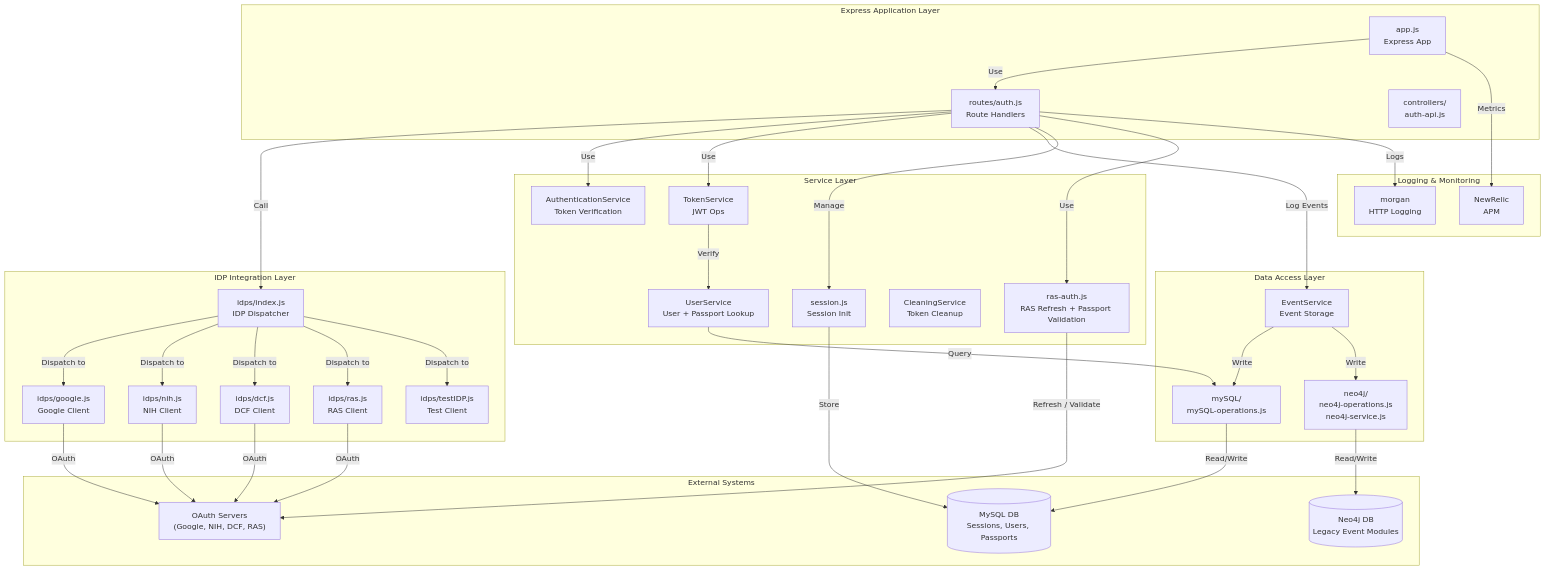
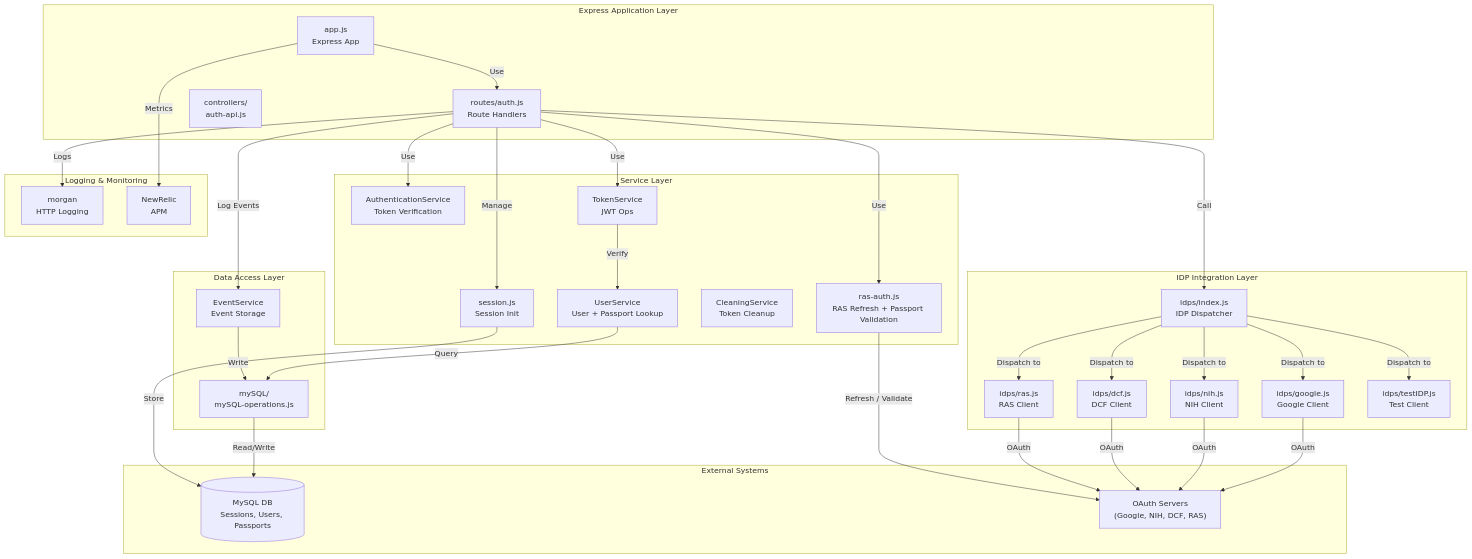
The diagram in docs/architecture/components.md (CBIIT/crdc-ctdc-authn), drawn with Mermaid before and after one commit. The commit also changed other lines of this file and 60 other files, not shown here.

````diff
--- a/docs/architecture/components.md
+++ b/docs/architecture/components.md
@@ -5,77 +5,73 @@
 ```mermaid
 graph TB
     subgraph "Express Application Layer"
         App["app.js<br/>Express App"]
         Routes["routes/auth.js<br/>Route Handlers"]
         Controllers["controllers/<br/>auth-api.js"]
     end
     
     subgraph "IDP Integration Layer"
         IDPIndex["idps/index.js<br/>IDP Dispatcher"]
         GoogleIDP["idps/google.js<br/>Google Client"]
         NihIDP["idps/nih.js<br/>NIH Client"]
         DcfIDP["idps/dcf.js<br/>DCF Client"]
         RasIDP["idps/ras.js<br/>RAS Client"]
         TestIDP["idps/testIDP.js<br/>Test Client"]
     end
     
     subgraph "Service Layer"
         AuthService["AuthenticationService<br/>Token Verification"]
         TokenService["TokenService<br/>JWT Ops"]
         UserService["UserService<br/>User + Passport Lookup"]
         SessionService["session.js<br/>Session Init"]
         CleanService["CleaningService<br/>Token Cleanup"]
         RasAuth["ras-auth.js<br/>RAS Refresh + Passport Validation"]
     end
     
     subgraph "Data Access Layer"
         EventService["EventService<br/>Event Storage"]
         MySQLOps["mySQL/<br/>mySQL-operations.js"]
-        Neo4jOps["neo4j/<br/>neo4j-operations.js<br/>neo4j-service.js"]
     end
     
     subgraph "External Systems"
         MySQLDB[(MySQL DB<br/>Sessions, Users, Passports)]
-        Neo4jDB[(Neo4j DB<br/>Legacy Event Modules)]
         IDPServers["OAuth Servers<br/>(Google, NIH, DCF, RAS)"]
     end
     
     subgraph "Logging & Monitoring"
         Morgan["morgan<br/>HTTP Logging"]
         NewRelic["NewRelic<br/>APM"]
     end
     
     App -->|Use| Routes
     Routes -->|Call| IDPIndex
     Routes -->|Use| AuthService
     Routes -->|Use| TokenService
     Routes -->|Log Events| EventService
     Routes -->|Manage| SessionService
     
     IDPIndex -->|Dispatch to| GoogleIDP
     IDPIndex -->|Dispatch to| NihIDP
     IDPIndex -->|Dispatch to| DcfIDP
     IDPIndex -->|Dispatch to| RasIDP
     IDPIndex -->|Dispatch to| TestIDP
     
     GoogleIDP -->|OAuth| IDPServers
     NihIDP -->|OAuth| IDPServers
     DcfIDP -->|OAuth| IDPServers
     RasIDP -->|OAuth| IDPServers
     
     TokenService -->|Verify| UserService
     UserService -->|Query| MySQLOps
     Routes -->|Use| RasAuth
     RasAuth -->|Refresh / Validate| IDPServers
     
     EventService -->|Write| MySQLOps
-    EventService -->|Write| Neo4jOps
     
     MySQLOps -->|Read/Write| MySQLDB
-    Neo4jOps -->|Read/Write| Neo4jDB
     
     SessionService -->|Store| MySQLDB
     
     App -->|Metrics| NewRelic
     Routes -->|Logs| Morgan
 ```
````
